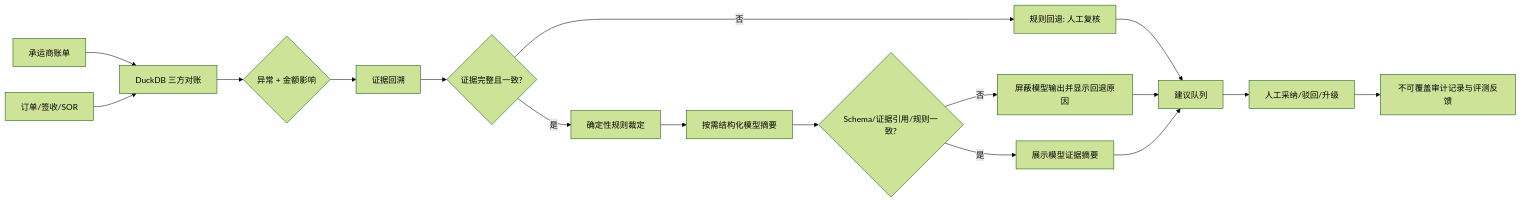
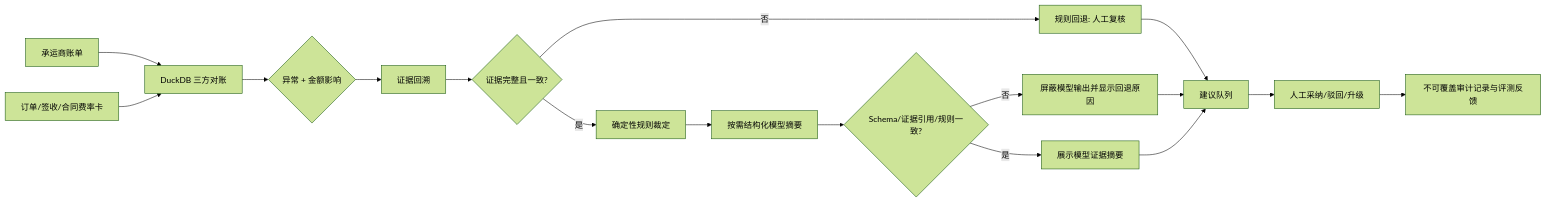
Before and after one commit to Martin-cell-blip/logistics-settlement-recon: the diagram in docs/ai-pm/CONTROLLED_WORKFLOW.md, drawn with Mermaid (forest theme). The commit also changed other lines of this file and 8 other files, not shown here.

````diff
--- a/docs/ai-pm/CONTROLLED_WORKFLOW.md
+++ b/docs/ai-pm/CONTROLLED_WORKFLOW.md
@@ -3,19 +3,19 @@
 ```mermaid
 flowchart LR
     A[承运商账单] --> B[DuckDB 三方对账]
-    C[订单/签收/SOR] --> B
+    C[订单/签收/合同费率卡] --> B
     B --> D{异常 + 金额影响}
     D --> E[证据回溯]
     E --> F{证据完整且一致?}
     F -- 否 --> I[规则回退: 人工复核]
     F -- 是 --> G[确定性规则裁定]
     G --> H[按需结构化模型摘要]
     H --> M{Schema/证据引用/规则一致?}
     M -- 否 --> N[屏蔽模型输出并显示回退原因]
     M -- 是 --> O[展示模型证据摘要]
     I --> J[建议队列]
     N --> J
     O --> J
     J --> K[人工采纳/驳回/升级]
     K --> L[不可覆盖审计记录与评测反馈]
 ```
````
